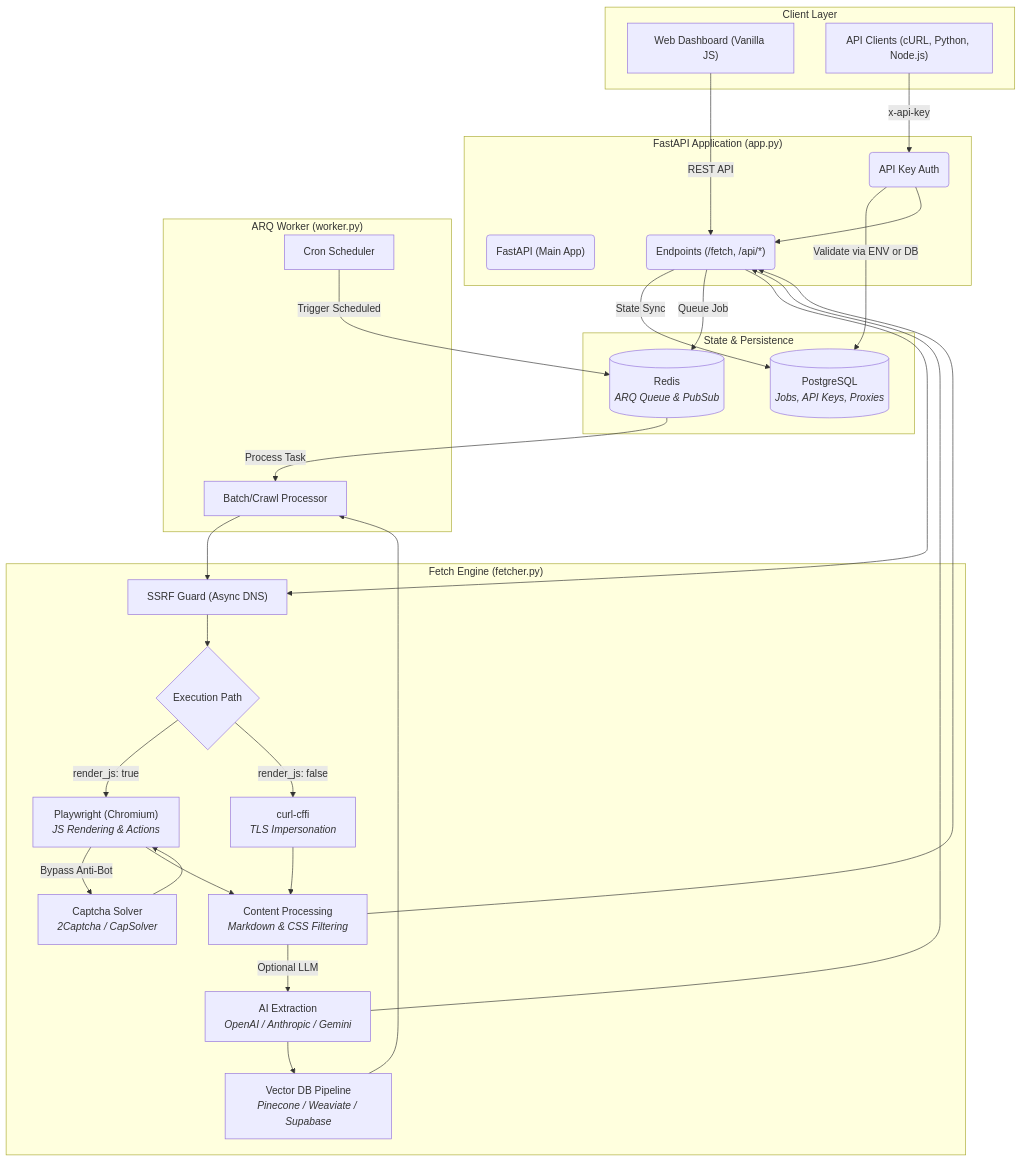
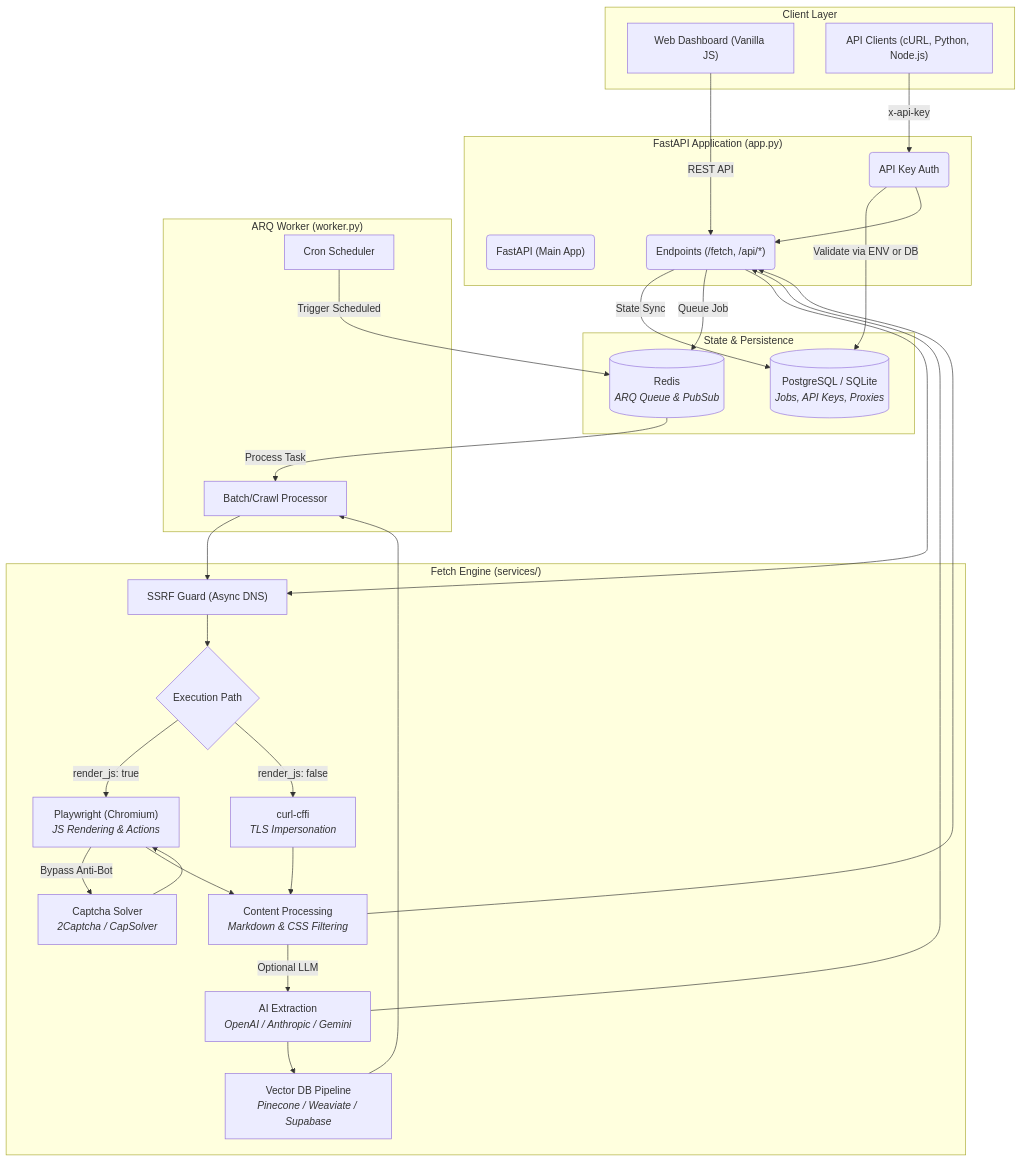
One commit to Tejas3479/crawlix changed the first of 2 diagrams in README.md. Above: the diagram before and after it, drawn with Mermaid. The commit also changed other lines of this file, not shown here.

Commit message:
docs: fix minor inaccuracies in README related to local setup and refactors

````diff
--- a/README.md
+++ b/README.md
@@ -164,57 +166,57 @@
 ```mermaid
 flowchart TD
     subgraph Client["Client Layer"]
         UI["Web Dashboard (Vanilla JS)"]
         API_CLIENT["API Clients (cURL, Python, Node.js)"]
     end
 
     subgraph Server["FastAPI Application (app.py)"]
         FASTAPI("FastAPI (Main App)")
         ROUTES("Endpoints (/fetch, /api/*)")
         AUTH("API Key Auth")
     end
     
     subgraph Storage["State & Persistence"]
-        DB[("PostgreSQL<br/><i>Jobs, API Keys, Proxies</i>")]
+        DB[("PostgreSQL / SQLite<br/><i>Jobs, API Keys, Proxies</i>")]
         REDIS[("Redis<br/><i>ARQ Queue & PubSub</i>")]
     end
 
     subgraph Background["ARQ Worker (worker.py)"]
         CRON["Cron Scheduler"]
         BATCH["Batch/Crawl Processor"]
     end
 
-    subgraph Engine["Fetch Engine (fetcher.py)"]
+    subgraph Engine["Fetch Engine (services/)"]
         SSRF["SSRF Guard (Async DNS)"]
         ROUTER{"Execution Path"}
         PW["Playwright (Chromium)<br/><i>JS Rendering & Actions</i>"]
         CURL["curl-cffi<br/><i>TLS Impersonation</i>"]
         CAPTCHA["Captcha Solver<br/><i>2Captcha / CapSolver</i>"]
         PROCESS["Content Processing<br/><i>Markdown & CSS Filtering</i>"]
         LLM["AI Extraction<br/><i>OpenAI / Anthropic / Gemini</i>"]
         VECTOR["Vector DB Pipeline<br/><i>Pinecone / Weaviate / Supabase</i>"]
     end
 
     UI -->|REST API| ROUTES
     API_CLIENT -->|x-api-key| AUTH
     AUTH -->|Validate via ENV or DB| DB
     AUTH --> ROUTES
     ROUTES -->|State Sync| DB
     ROUTES -->|Queue Job| REDIS
     REDIS -->|Process Task| BATCH
     CRON -->|Trigger Scheduled| REDIS
     ROUTES --> SSRF
     BATCH --> SSRF
     SSRF --> ROUTER
     ROUTER -->|render_js: true| PW
     ROUTER -->|render_js: false| CURL
     PW -->|Bypass Anti-Bot| CAPTCHA
     CAPTCHA --> PW
     PW --> PROCESS
     CURL --> PROCESS
     PROCESS -->|Optional LLM| LLM
     LLM --> VECTOR
     LLM --> ROUTES
     PROCESS --> ROUTES
     VECTOR --> BATCH
 ```
````
